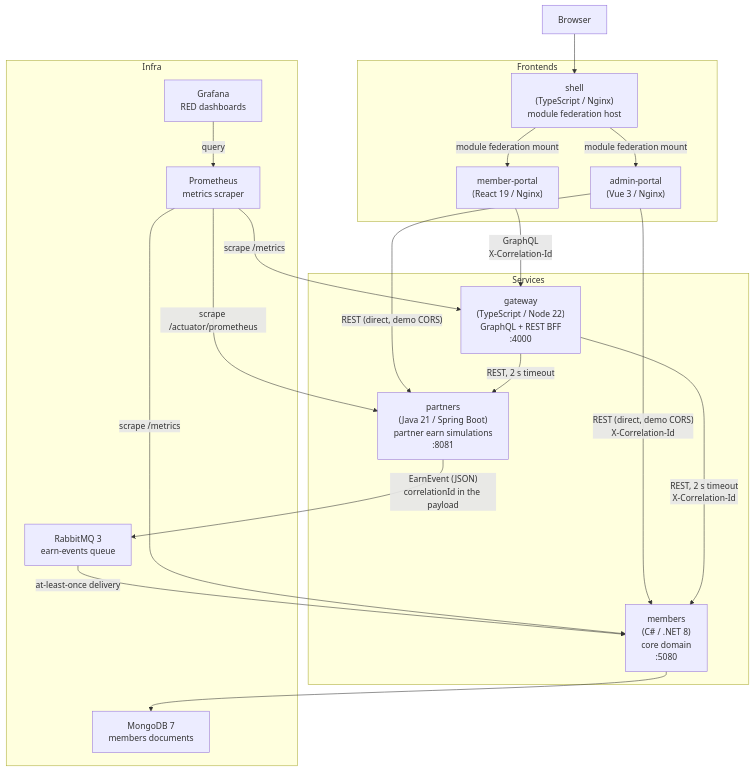
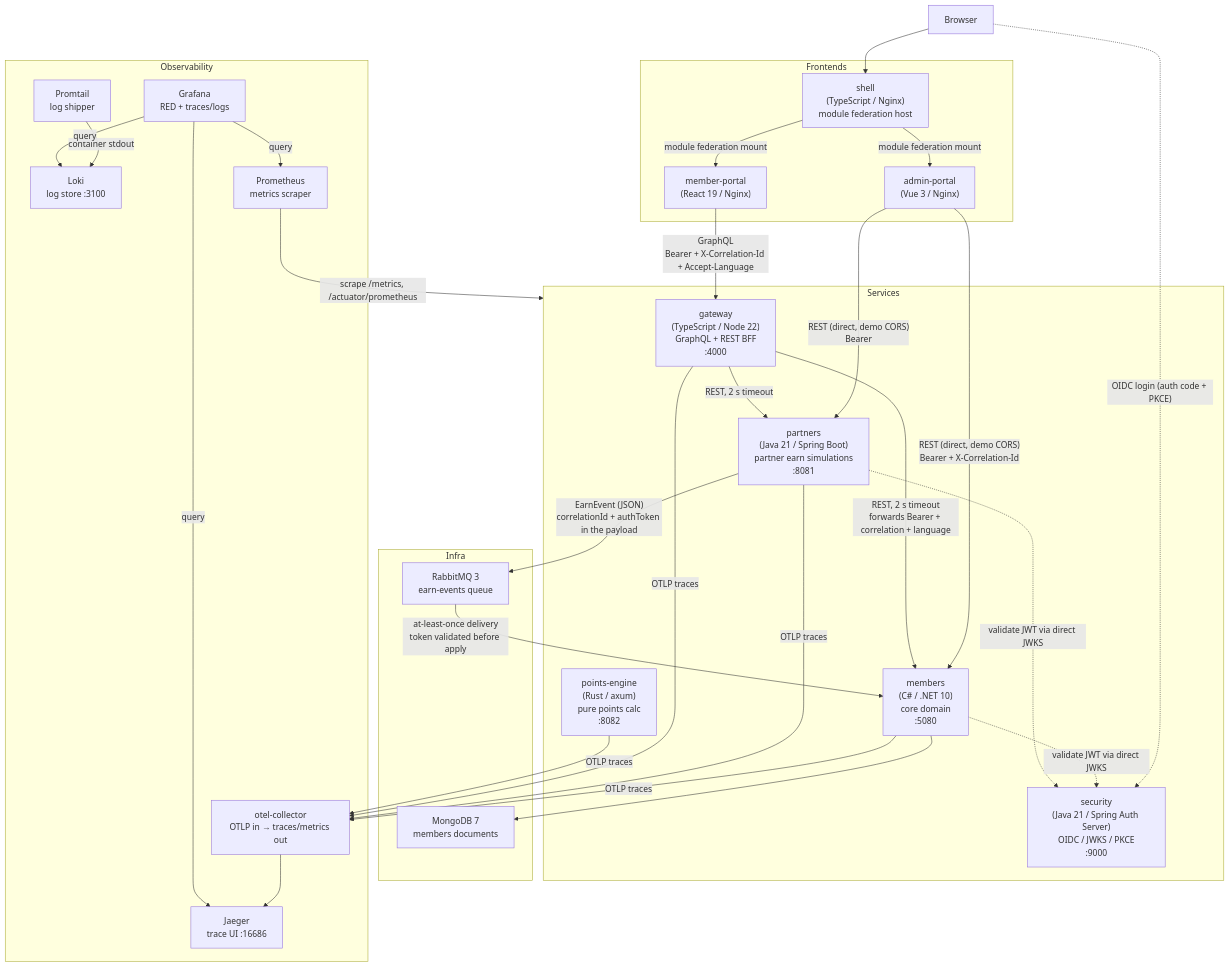
Before and after one commit to dankli/OspreyLoyalty: the diagram in docs/architecture.md, drawn with Mermaid. The commit also changed other lines of this file and 11 other files, not shown here.

First line of the commit message:
docs: ADRs, architecture and quickstart for the phase 6 upgrade

````diff
--- a/docs/architecture.md
+++ b/docs/architecture.md
@@ -9,44 +9,58 @@
 ```mermaid
 flowchart TD
     Browser["Browser"]
 
     subgraph Frontends
         Shell["shell<br/>(TypeScript / Nginx)<br/>module federation host"]
         MemberPortal["member-portal<br/>(React 19 / Nginx)"]
         AdminPortal["admin-portal<br/>(Vue 3 / Nginx)"]
     end
 
     subgraph Services
         Gateway["gateway<br/>(TypeScript / Node 22)<br/>GraphQL + REST BFF<br/>:4000"]
-        Members["members<br/>(C# / .NET 8)<br/>core domain<br/>:5080"]
+        Members["members<br/>(C# / .NET 10)<br/>core domain<br/>:5080"]
         Partners["partners<br/>(Java 21 / Spring Boot)<br/>partner earn simulations<br/>:8081"]
+        Security["security<br/>(Java 21 / Spring Auth Server)<br/>OIDC / JWKS / PKCE<br/>:9000"]
+        PointsEngine["points-engine<br/>(Rust / axum)<br/>pure points calc<br/>:8082"]
     end
 
     subgraph Infra
         RabbitMQ["RabbitMQ 3<br/>earn-events queue"]
         Mongo["MongoDB 7<br/>members documents"]
+    end
+
+    subgraph Observability
+        OTel["otel-collector<br/>OTLP in → traces/metrics out"]
+        Jaeger["Jaeger<br/>trace UI :16686"]
+        Loki["Loki<br/>log store :3100"]
+        Promtail["Promtail<br/>log shipper"]
         Prometheus["Prometheus<br/>metrics scraper"]
-        Grafana["Grafana<br/>RED dashboards"]
+        Grafana["Grafana<br/>RED + traces/logs"]
     end
 
     Browser --> Shell
     Shell -->|"module federation mount"| MemberPortal
     Shell -->|"module federation mount"| AdminPortal
+    Browser -.->|"OIDC login (auth code + PKCE)"| Security
 
-    MemberPortal -->|"GraphQL<br/>X-Correlation-Id"| Gateway
-    AdminPortal -->|"REST (direct, demo CORS)<br/>X-Correlation-Id"| Members
-    AdminPortal -->|"REST (direct, demo CORS)"| Partners
+    MemberPortal -->|"GraphQL<br/>Bearer + X-Correlation-Id + Accept-Language"| Gateway
+    AdminPortal -->|"REST (direct, demo CORS)<br/>Bearer + X-Correlation-Id"| Members
+    AdminPortal -->|"REST (direct, demo CORS)<br/>Bearer"| Partners
 
-    Gateway -->|"REST, 2 s timeout<br/>X-Correlation-Id"| Members
+    Gateway -->|"REST, 2 s timeout<br/>forwards Bearer + correlation + language"| Members
     Gateway -->|"REST, 2 s timeout"| Partners
 
-    Partners -->|"EarnEvent (JSON)<br/>correlationId in the payload"| RabbitMQ
-    RabbitMQ -->|"at-least-once delivery"| Members
+    Partners -->|"EarnEvent (JSON)<br/>correlationId + authToken in the payload"| RabbitMQ
+    RabbitMQ -->|"at-least-once delivery<br/>token validated before apply"| Members
 
     Members --> Mongo
+    Members & Partners -.->|"validate JWT via direct JWKS"| Security
 
-    Prometheus -->|"scrape /metrics"| Members
-    Prometheus -->|"scrape /metrics"| Gateway
-    Prometheus -->|"scrape /actuator/prometheus"| Partners
+    Members & Partners & Gateway & PointsEngine -->|"OTLP traces"| OTel
+    OTel --> Jaeger
+    Promtail -->|"container stdout"| Loki
+    Prometheus -->|"scrape /metrics, /actuator/prometheus"| Services
     Grafana -->|"query"| Prometheus
+    Grafana -->|"query"| Jaeger
+    Grafana -->|"query"| Loki
 ```
````
